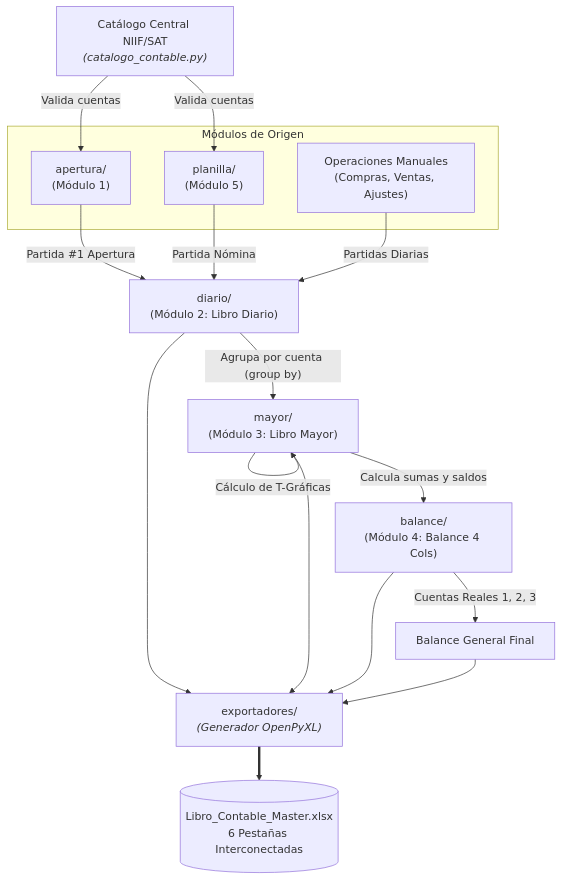
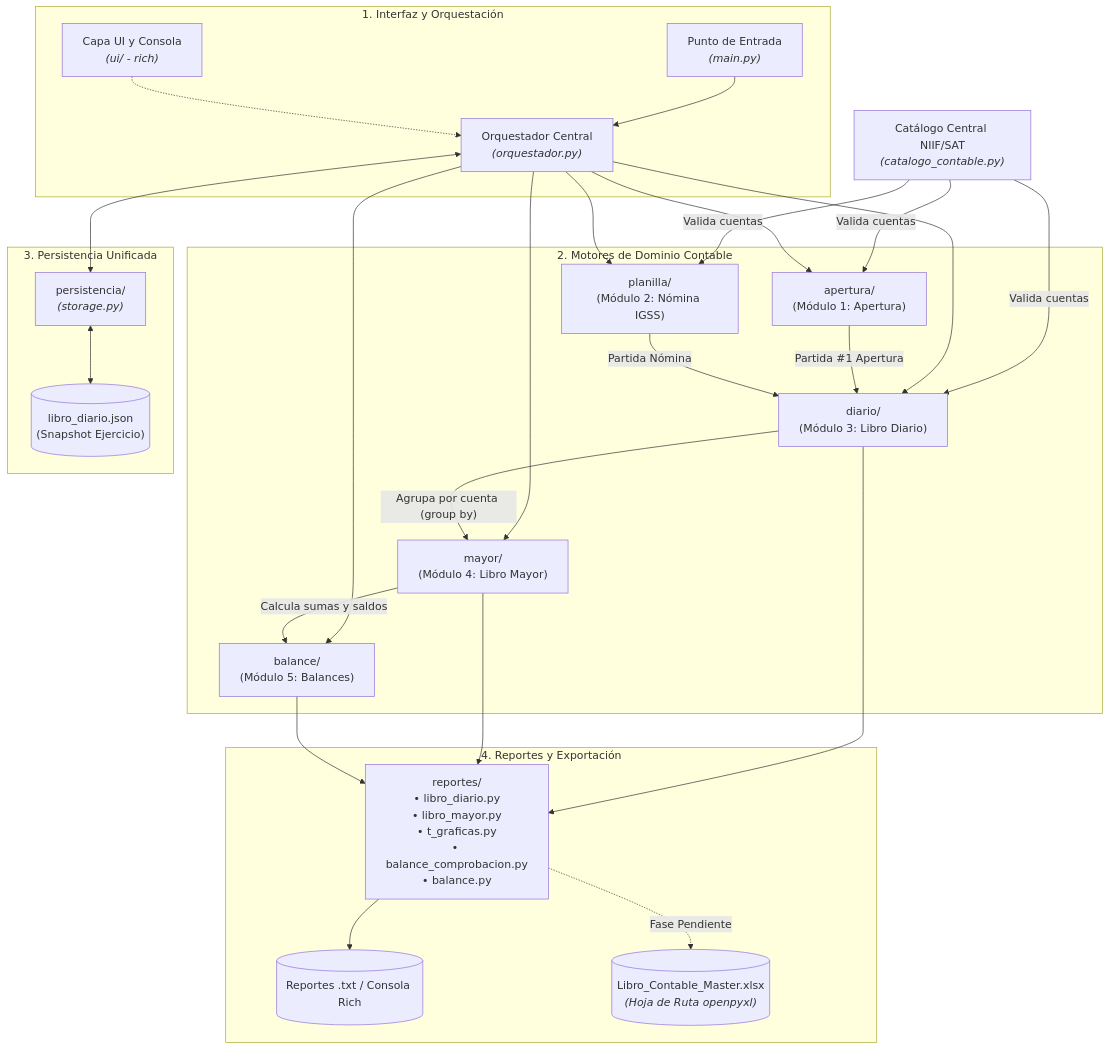
Before and after one commit to EmGamex/Accounting-Cycle-on-Python: the diagram in docs/explanation/arquitectura_del_sistema.md, drawn with Mermaid. The commit also changed other lines of this file and 8 other files, not shown here.

````diff
--- a/docs/explanation/arquitectura_del_sistema.md
+++ b/docs/explanation/arquitectura_del_sistema.md
@@ -25,25 +27,43 @@
 ```mermaid
 flowchart TD
     CAT["Catálogo Central NIIF/SAT<br/><i>(catalogo_contable.py)</i>"]
 
-    subgraph ModulosOrigen ["Módulos de Origen"]
-        APE["apertura/<br/>(Módulo 1)"]
-        PLA["planilla/<br/>(Módulo 5)"]
-        OPS["Operaciones Manuales<br/>(Compras, Ventas, Ajustes)"]
+    subgraph Entrada ["1. Interfaz y Orquestación"]
+        MAIN["Punto de Entrada<br/><i>(main.py)</i>"] --> ORQ["Orquestador Central<br/><i>(orquestador.py)</i>"]
+        UI["Capa UI y Consola<br/><i>(ui/ - rich)</i>"] -.-> ORQ
     end
 
-    CAT -->|Valida cuentas| APE
-    CAT -->|Valida cuentas| PLA
+    subgraph Dominio ["2. Motores de Dominio Contable"]
+        APE["apertura/<br/>(Módulo 1: Apertura)"]
+        PLA["planilla/<br/>(Módulo 2: Nómina IGSS)"]
+        DIA["diario/<br/>(Módulo 3: Libro Diario)"]
+        MAY["mayor/<br/>(Módulo 4: Libro Mayor)"]
+        BAL["balance/<br/>(Módulo 5: Balances)"]
+    end
 
-    APE -->|Partida #1 Apertura| DIA["diario/<br/>(Módulo 2: Libro Diario)"]
+    subgraph Persistencia ["3. Persistencia Unificada"]
+        PER["persistencia/<br/><i>(storage.py)</i>"]
+        JSON[("libro_diario.json<br/>(Snapshot Ejercicio)")]
+        PER <--> JSON
+    end
+
+    subgraph Salidas ["4. Reportes y Exportación"]
+        REP["reportes/<br/>• libro_diario.py<br/>• libro_mayor.py<br/>• t_graficas.py<br/>• balance_comprobacion.py<br/>• balance.py"]
+        TXT[("Reportes .txt / Consola Rich")]
+        EXCEL[("Libro_Contable_Master.xlsx<br/><i>(Hoja de Ruta openpyxl)</i>")]
+    end
+
+    CAT -->|Valida cuentas| APE & PLA & DIA
+
+    ORQ --> APE & PLA & DIA & MAY & BAL
+    APE -->|Partida #1 Apertura| DIA
     PLA -->|Partida Nómina| DIA
-    OPS -->|Partidas Diarias| DIA
 
-    DIA -->|"Agrupa por cuenta (group by)"| MAY["mayor/<br/>(Módulo 3: Libro Mayor)"]
-    MAY -->|Cálculo de T-Gráficas| MAY
-    MAY -->|"Calcula sumas y saldos"| BAL["balance/<br/>(Módulo 4: Balance 4 Cols)"]
-    BAL -->|Cuentas Reales 1, 2, 3| BFIN["Balance General Final"]
+    DIA -->|"Agrupa por cuenta (group by)"| MAY
+    MAY -->|"Calcula sumas y saldos"| BAL
 
-    DIA & MAY & BAL & BFIN --> EXP["exportadores/<br/><i>(Generador OpenPyXL)</i>"]
-    EXP ==> EXCEL[("Libro_Contable_Master.xlsx<br/>6 Pestañas Interconectadas")]
+    ORQ <--> PER
+    DIA & MAY & BAL --> REP
+    REP --> TXT
+    REP -.->|Fase Pendiente| EXCEL
 ```
````
